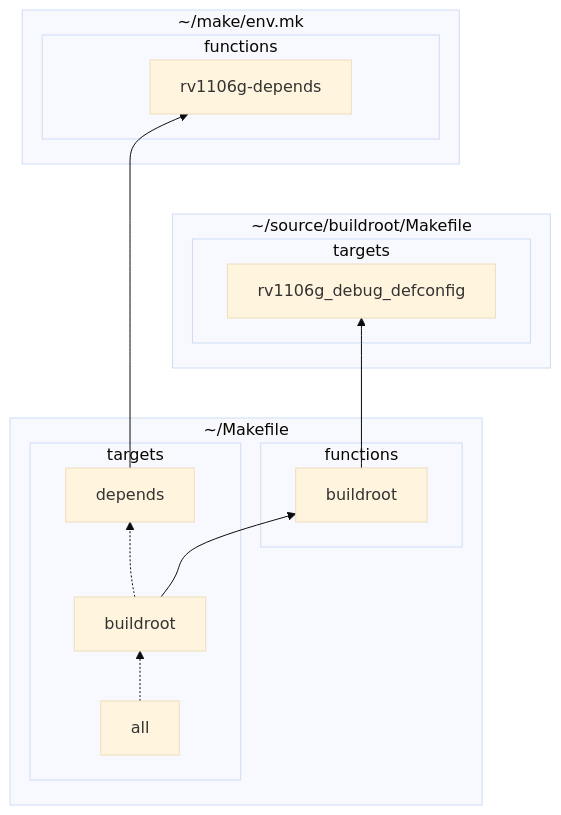
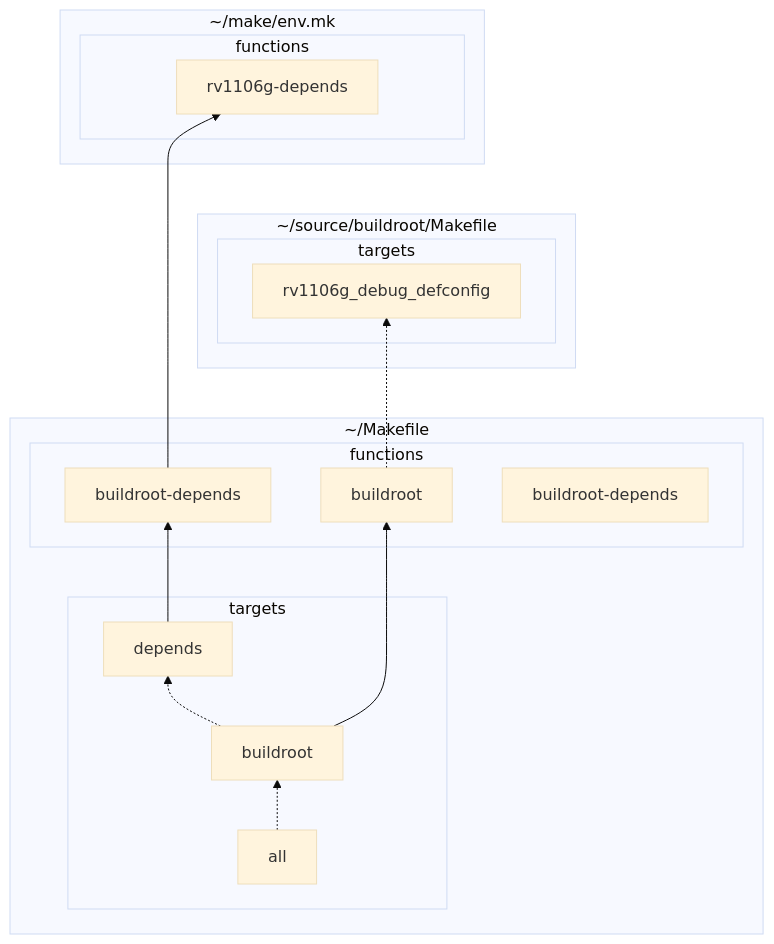
The second of 3 diagrams in README.md (tactacam-ryanmoe/markdown-test), drawn with Mermaid (base theme) before and after one commit. The commit also changed other lines of this file, not shown here.

````diff
--- a/README.md
+++ b/README.md
@@ -41,36 +42,39 @@
 ```mermaid
 flowchart BT
     subgraph Makefile[~/Makefile]
         subgraph targets
             all[all]
             buildroottarget[buildroot]
             dependstarget[depends]
         end
         subgraph functions
+            dependsFunc[buildroot-depends]
             buildrootfunction[buildroot]
+            buildrootdependsfunction[buildroot-depends]
         end
     end
 
     
 
     subgraph makeenv[~/make/env.mk]
         subgraph makeenvfunctions[functions]
-            makeenvdefines[rv1106g-depends]
+            makeenvdep[rv1106g-depends]
         end
     end
 
     subgraph buildrootdir[~/source/buildroot/Makefile]
         subgraph buildrootdirMakefileTargets[targets]
             buildrootdirMakefileTarget[rv1106g_debug_defconfig]
         end
     end
 
     all -.-> buildroottarget
     buildroottarget -.-> dependstarget
-    dependstarget --> makeenvdefines
+    dependstarget --> dependsFunc
+    dependsFunc --> makeenvdep
     buildroottarget --> buildrootfunction
-    buildrootfunction --> buildrootdirMakefileTarget
+    buildrootfunction -.-> buildrootdirMakefileTarget
 
     buildrootdir ~~~ makeenv
     
 ```
````
